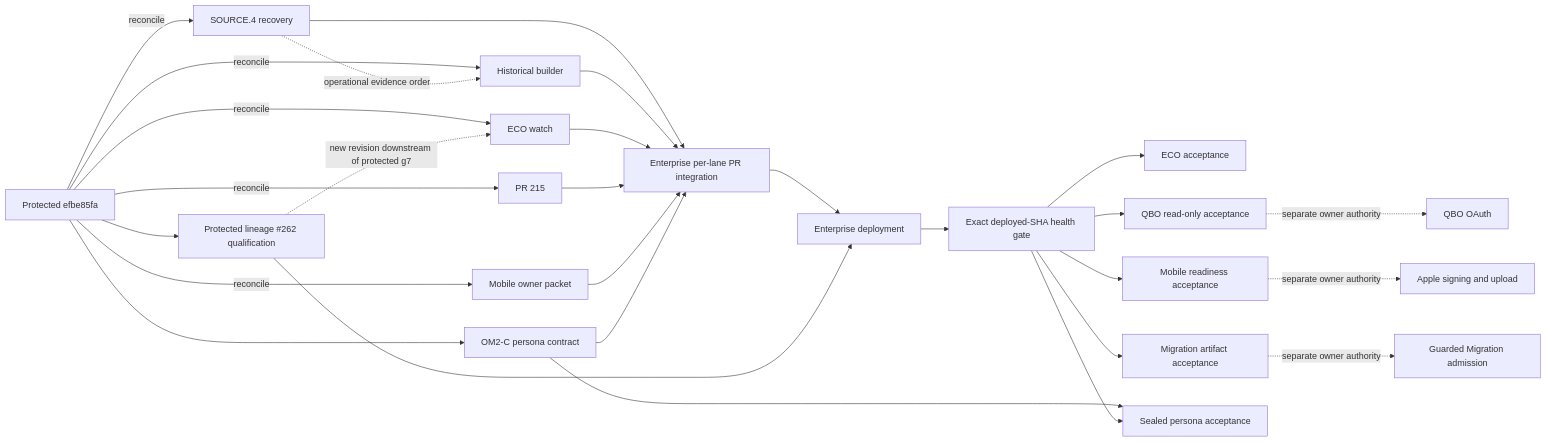
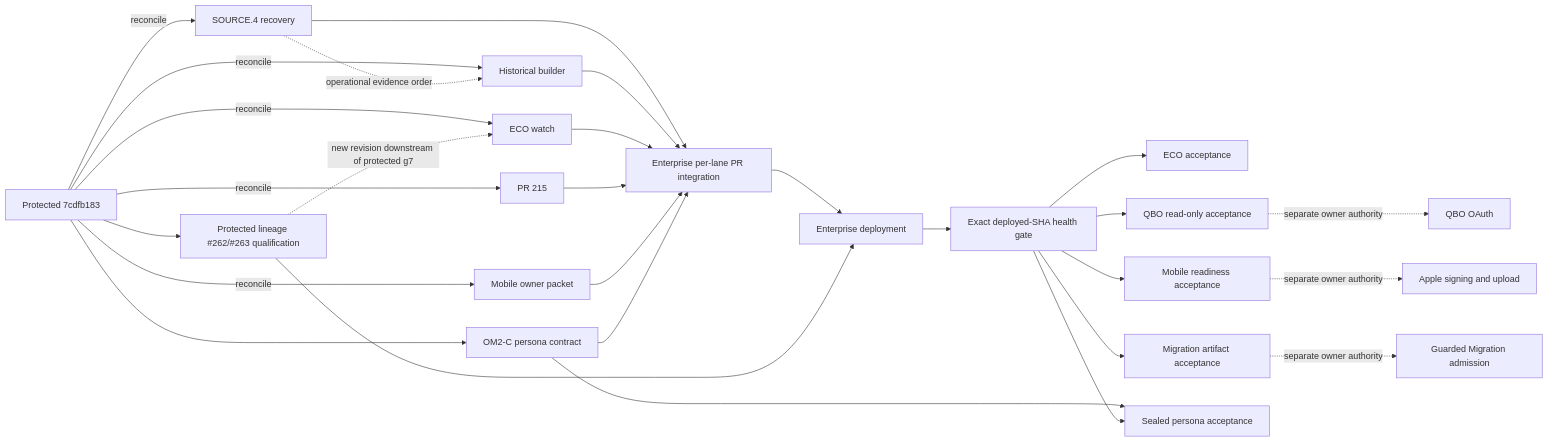
Before and after one commit to ACPEnterprise/ACP-Enterprise: the diagram in docs/operations/launch-20260911/om1-enterprise-integration-queue-current.md, drawn with Mermaid. The commit also changed other lines of this file, not shown here.

````diff
--- a/docs/operations/launch-20260911/om1-enterprise-integration-queue-current.md
+++ b/docs/operations/launch-20260911/om1-enterprise-integration-queue-current.md
@@ -112,30 +118,30 @@
 ```mermaid
 flowchart LR
-    A[Protected efbe85fa] -->|reconcile| R[SOURCE.4 recovery]
+    A[Protected 7cdfb183] -->|reconcile| R[SOURCE.4 recovery]
     A --> C[OM2-C persona contract]
-    A --> L[Protected lineage #262 qualification]
+    A --> L[Protected lineage #262/#263 qualification]
     A -->|reconcile| B[Historical builder]
     A -->|reconcile| E[ECO watch]
     A -->|reconcile| P[PR 215]
     A -->|reconcile| M[Mobile owner packet]
     R -.->|operational evidence order| B
     R --> I[Enterprise per-lane PR integration]
     B --> I
     E --> I
     P --> I
     M --> I
     C --> I
     L -.->|new revision downstream of protected g7| E
     I --> D[Enterprise deployment]
     L --> D
     D --> H[Exact deployed-SHA health gate]
     H --> EA[ECO acceptance]
     H --> QA[QBO read-only acceptance]
     H --> MA[Mobile readiness acceptance]
     H --> XA[Migration artifact acceptance]
     C --> PA[Sealed persona acceptance]
     H --> PA
     XA -.->|separate owner authority| MG[Guarded Migration admission]
     QA -.->|separate owner authority| QG[QBO OAuth]
     MA -.->|separate owner authority| AG[Apple signing and upload]
 ```
````
